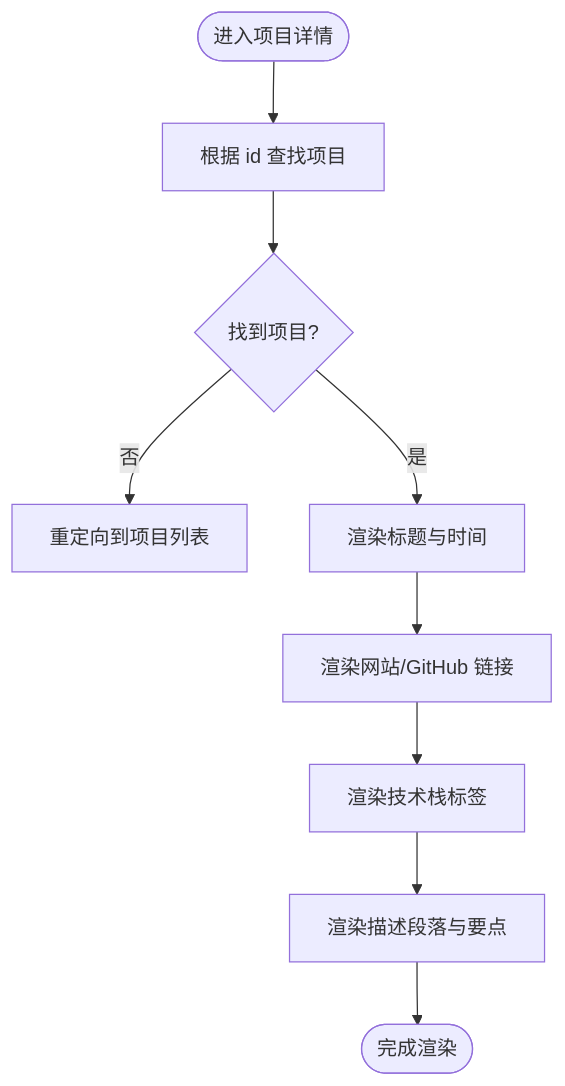
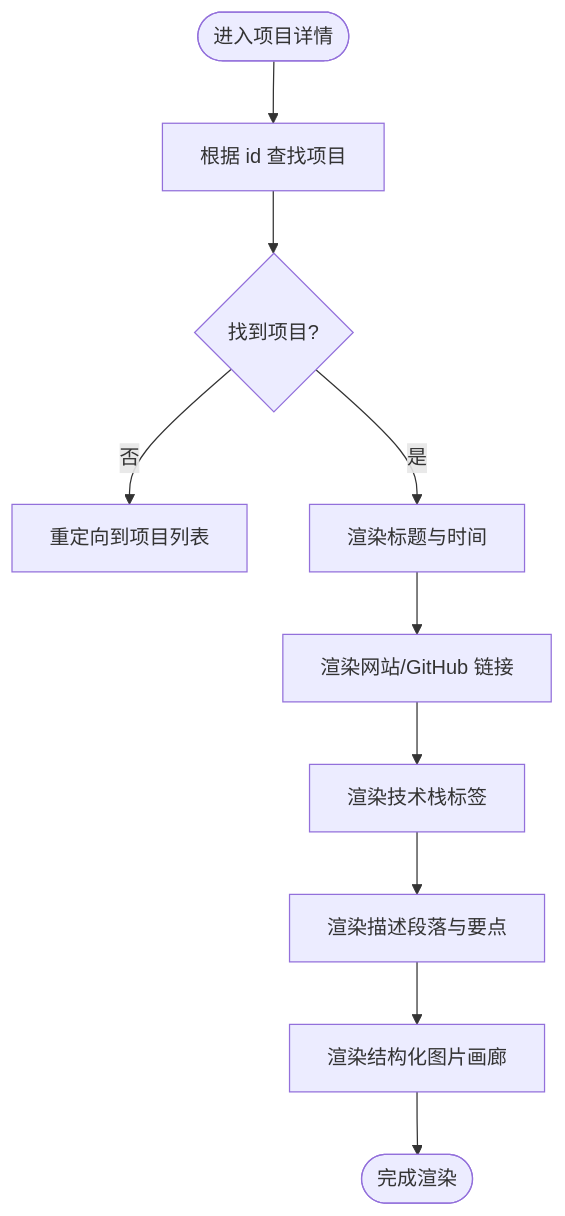
One commit to florianjsun/next-portfolio changed the third of 4 diagrams in .qoder/repowiki/zh/content/核心功能模块/项目展示模块/项目数据模型.md. Above: the diagram before and after it, drawn with Mermaid. The commit also changed other lines of this file and 80 other files, not shown here.

````diff
--- a/.qoder/repowiki/zh/content/核心功能模块/项目展示模块/项目数据模型.md
+++ b/.qoder/repowiki/zh/content/核心功能模块/项目展示模块/项目数据模型.md
@@ -167,11 +181,12 @@
 ```mermaid
 flowchart TD
 Start(["进入项目详情"]) --> Find["根据 id 查找项目"]
 Find --> Found{"找到项目?"}
 Found -- 否 --> Redirect["重定向到项目列表"]
 Found -- 是 --> RenderTitle["渲染标题与时间"]
 RenderTitle --> Links["渲染网站/GitHub 链接"]
 Links --> Tech["渲染技术栈标签"]
 Tech --> Desc["渲染描述段落与要点"]
-Desc --> End(["完成渲染"])
+Desc --> Gallery["渲染结构化图片画廊"]
+Gallery --> End(["完成渲染"])
 ```
````
